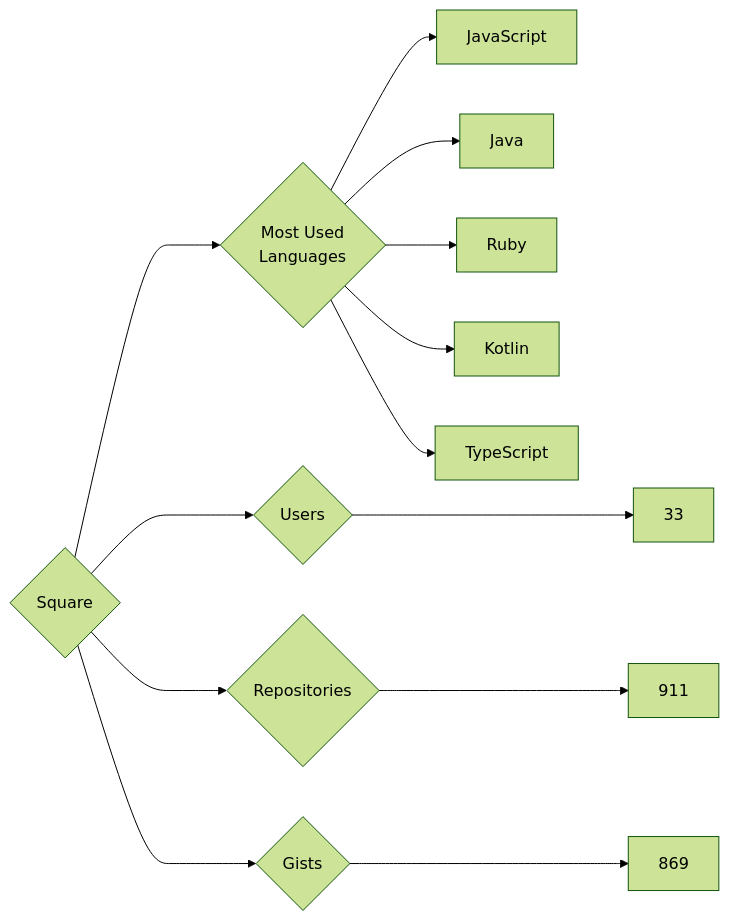
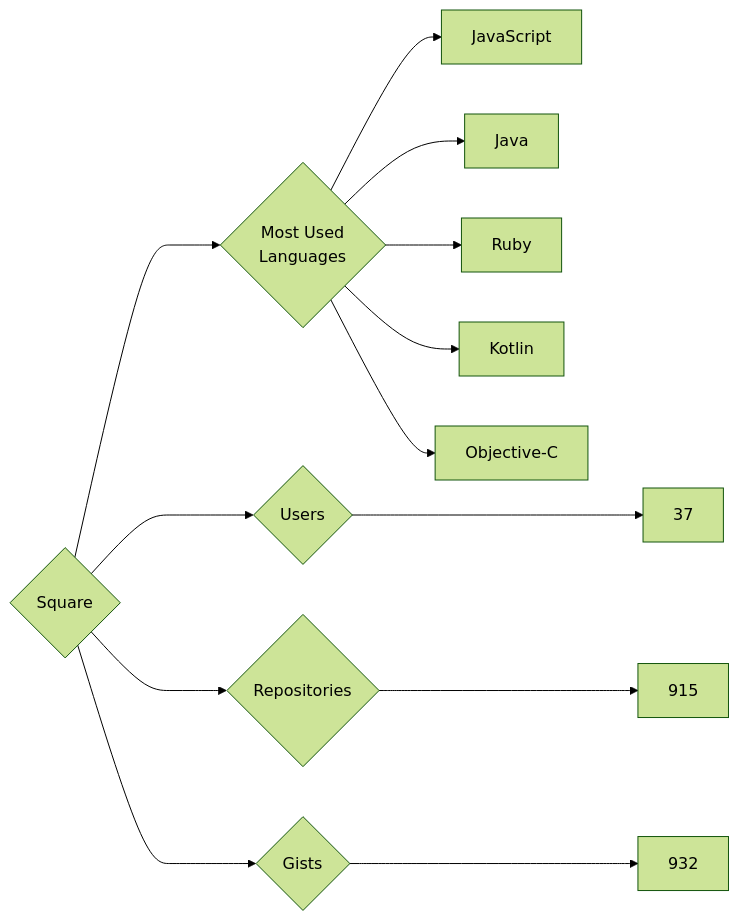
Before and after one commit to trickest/insiders: the diagram in targets/Square/README.md, drawn with Mermaid (forest theme). The commit also changed 677 other files, not shown here.

````diff
--- a/targets/Square/README.md
+++ b/targets/Square/README.md
@@ -3,13 +3,13 @@
 ```mermaid
 graph LR
 COMPANY_NAME{Square}
-COMPANY_NAME ---> U{Users} ---> UN[33]
-COMPANY_NAME ---> R{Repositories} ---> RN[911]
-COMPANY_NAME ---> G{Gists} ---> GN[869]
+COMPANY_NAME ---> U{Users} ---> UN[37]
+COMPANY_NAME ---> R{Repositories} ---> RN[915]
+COMPANY_NAME ---> G{Gists} ---> GN[932]
 COMPANY_NAME ---> ML{Most Used<br>Languages}
 ML --> JavaScript[JavaScript]
 ML --> Java[Java]
 ML --> Ruby[Ruby]
 ML --> Kotlin[Kotlin]
-ML --> TypeScript[TypeScript]
+ML --> Objective-C[Objective-C]
 ```
````
